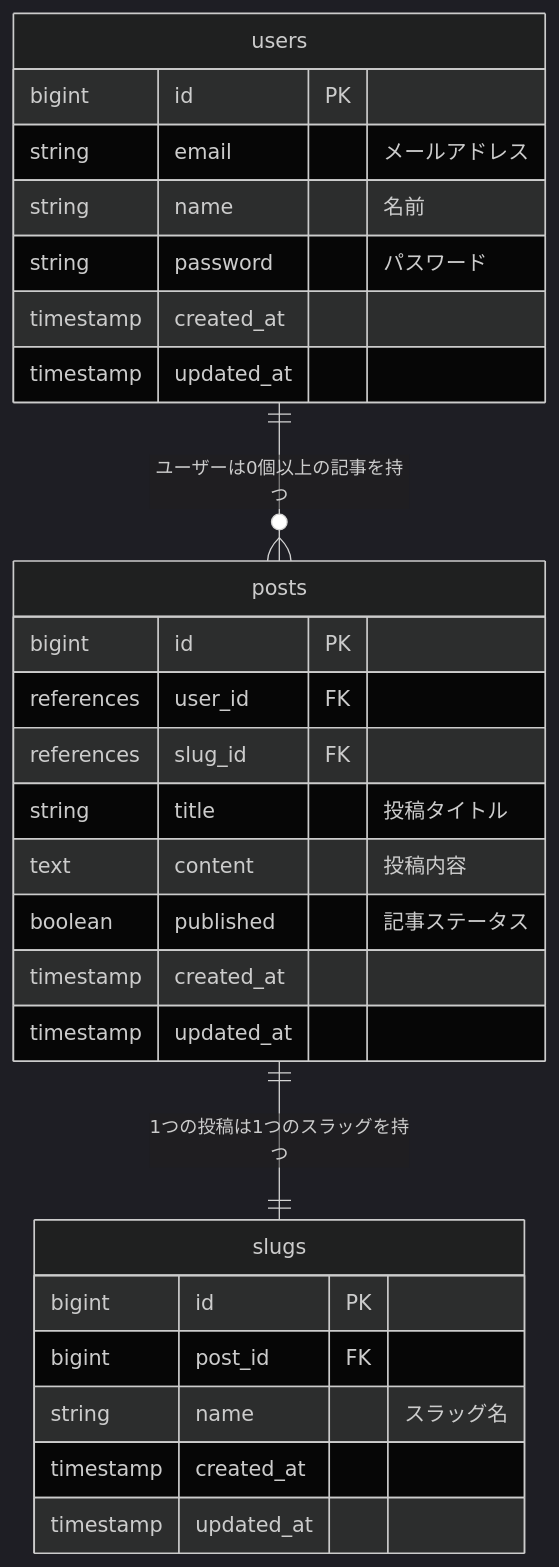
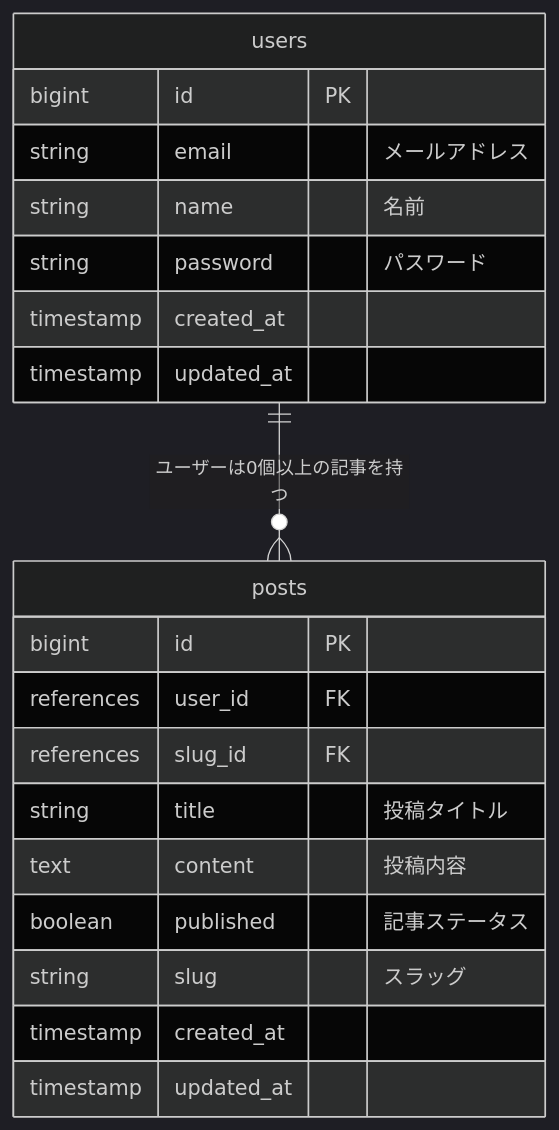
Before and after one commit to Satoshi-Moriya/my-cms-front: the diagram in ER.md, drawn with Mermaid (dark theme). The commit also changed 3 other files, not shown here.

````diff
--- a/ER.md
+++ b/ER.md
@@ -1,33 +1,25 @@
 ```mermaid
 erDiagram
   users ||--o{ posts: "ユーザーは0個以上の記事を持つ"
-  posts ||--|| slugs: "1つの投稿は1つのスラッグを持つ"
 
   users {
     bigint id PK
     string email "メールアドレス"
     string name "名前"
     string password "パスワード"
     timestamp created_at
     timestamp updated_at
   }
 
   posts {
     bigint id PK
     references user_id FK
     references slug_id FK
     string title "投稿タイトル"
     text content "投稿内容"
     boolean published "記事ステータス"
-    timestamp created_at
-    timestamp updated_at
-  }
-
-  slugs {
-    bigint id PK
-    bigint post_id FK
-    string name "スラッグ名"
+    string slug "スラッグ"
     timestamp created_at
     timestamp updated_at
   }
 ```
````
